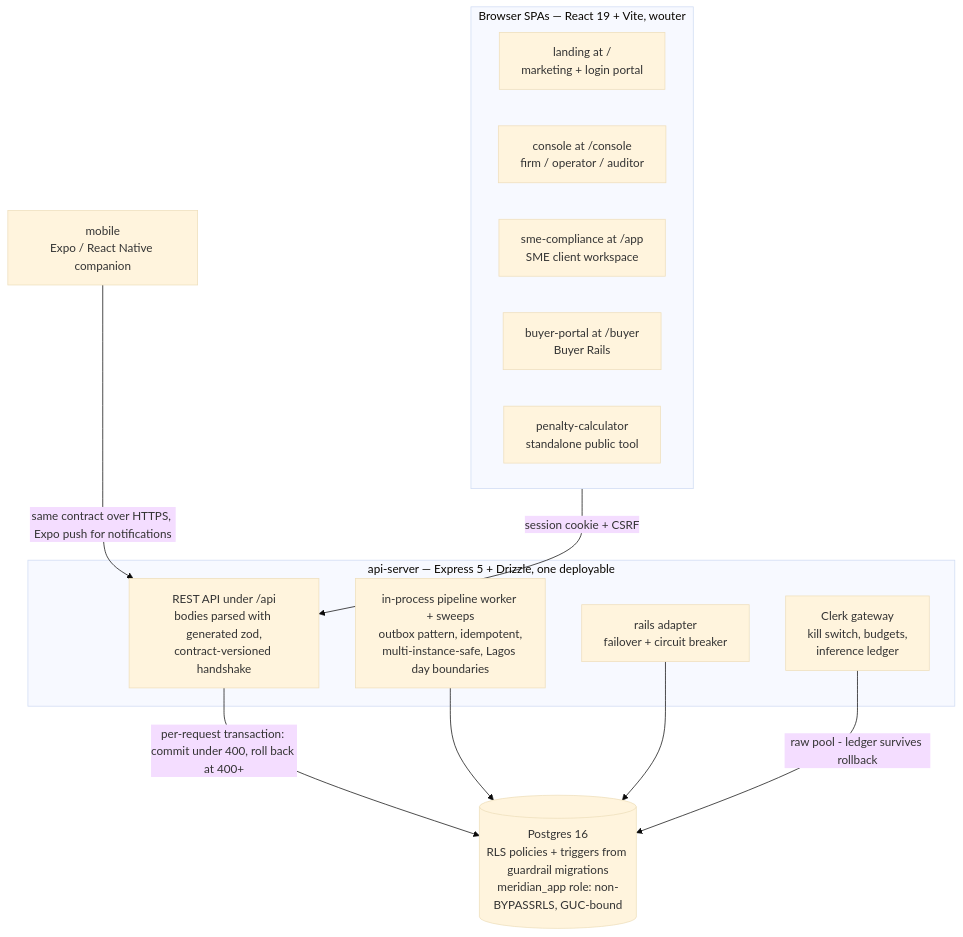
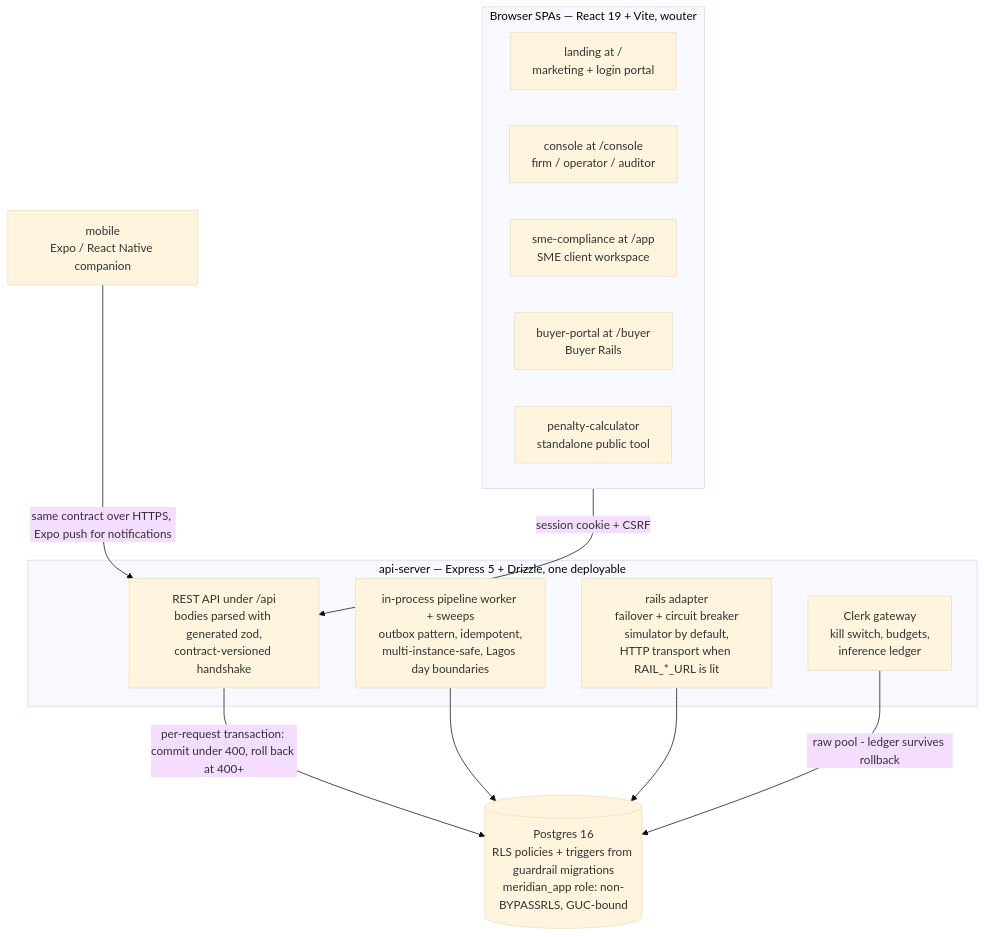
Before and after one commit to obeidpeter/Meridian-IQ: the second of 2 diagrams in docs/architecture.md, drawn with Mermaid (base theme). The commit also changed other lines of this file and 13 other files, not shown here.

First line of the commit message:
R95 wip: fault-matrix suite, console rails card, docs, e2e over the conformance fake rail

````diff
--- a/docs/architecture.md
+++ b/docs/architecture.md
@@ -65,27 +69,27 @@
 ```mermaid
 flowchart TB
     subgraph browsers["Browser SPAs — React 19 + Vite, wouter"]
         landing["landing at /<br/>marketing + login portal"]
         console["console at /console<br/>firm / operator / auditor"]
         app["sme-compliance at /app<br/>SME client workspace"]
         buyerp["buyer-portal at /buyer<br/>Buyer Rails"]
         penalty["penalty-calculator<br/>standalone public tool"]
     end
     mobile["mobile<br/>Expo / React Native companion"]
 
     subgraph server["api-server — Express 5 + Drizzle, one deployable"]
         api["REST API under /api<br/>bodies parsed with generated zod,<br/>contract-versioned handshake"]
         worker["in-process pipeline worker + sweeps<br/>outbox pattern, idempotent,<br/>multi-instance-safe, Lagos day boundaries"]
-        railsAdapter["rails adapter<br/>failover + circuit breaker"]
+        railsAdapter["rails adapter<br/>failover + circuit breaker<br/>simulator by default,<br/>HTTP transport when RAIL_*_URL is lit"]
         clerkGw["Clerk gateway<br/>kill switch, budgets,<br/>inference ledger"]
     end
 
     pg[("Postgres 16<br/>RLS policies + triggers from guardrail migrations<br/>meridian_app role: non-BYPASSRLS, GUC-bound")]
 
     browsers -->|"session cookie + CSRF"| api
     mobile -->|"same contract over HTTPS, Expo push for notifications"| api
     api -->|"per-request transaction: commit under 400, roll back at 400+"| pg
     worker --> pg
     railsAdapter --> pg
     clerkGw -->|"raw pool - ledger survives rollback"| pg
 ```
````
